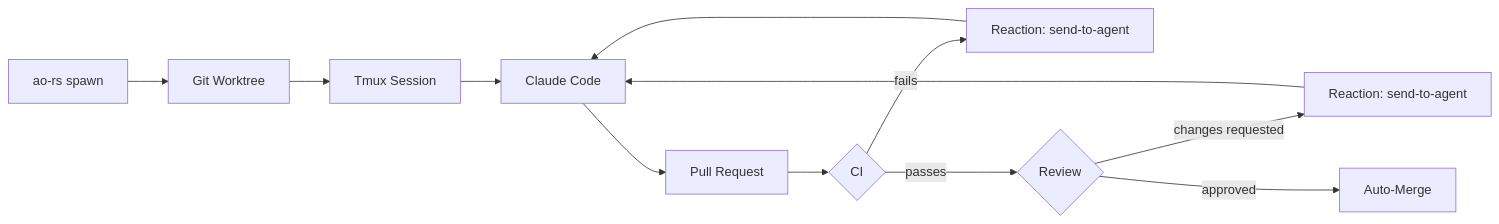
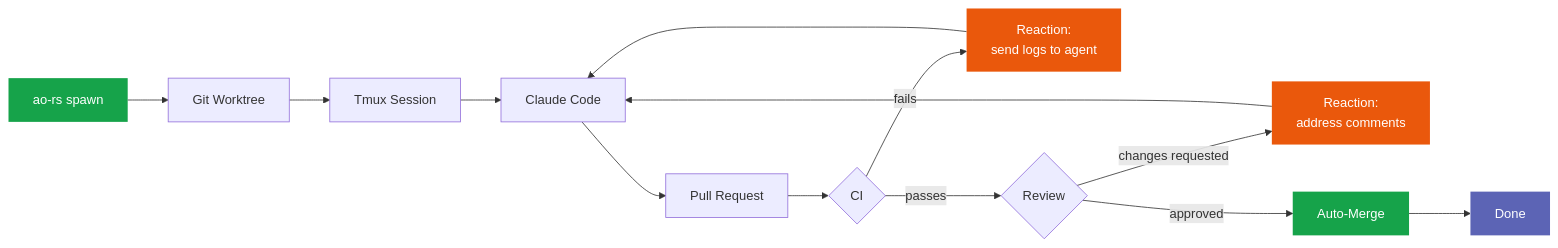
Before and after one commit to duonghb53/ao-rs: the first of 2 diagrams in README.md, drawn with Mermaid. The commit also changed other lines of this file and 1 other file, not shown here.

````diff
--- a/README.md
+++ b/README.md
@@ -33,14 +54,21 @@
 ```mermaid
 graph LR
-    spawn[ao-rs spawn] --> worktree[Git Worktree]
-    worktree --> tmux[Tmux Session]
-    tmux --> agent[Claude Code]
-    agent --> pr[Pull Request]
-    pr --> ci{CI}
-    ci -->|fails| react_ci[Reaction: send-to-agent]
+    spawn["ao-rs spawn"] --> worktree["Git Worktree"]
+    worktree --> tmux["Tmux Session"]
+    tmux --> agent["Claude Code"]
+    agent --> pr["Pull Request"]
+    pr --> ci{"CI"}
+    ci -->|"fails"| react_ci["Reaction:<br/>send logs to agent"]
     react_ci --> agent
-    ci -->|passes| review{Review}
-    review -->|changes requested| react_review[Reaction: send-to-agent]
+    ci -->|"passes"| review{"Review"}
+    review -->|"changes requested"| react_review["Reaction:<br/>address comments"]
     react_review --> agent
-    review -->|approved| merge[Auto-Merge]
+    review -->|"approved"| merge["Auto-Merge"]
+    merge --> done["Done"]
+
+    style spawn fill:#16a34a,color:#fff,stroke:none
+    style done fill:#5c64b5,color:#fff,stroke:none
+    style react_ci fill:#ea580c,color:#fff,stroke:none
+    style react_review fill:#ea580c,color:#fff,stroke:none
+    style merge fill:#16a34a,color:#fff,stroke:none
 ```
````
